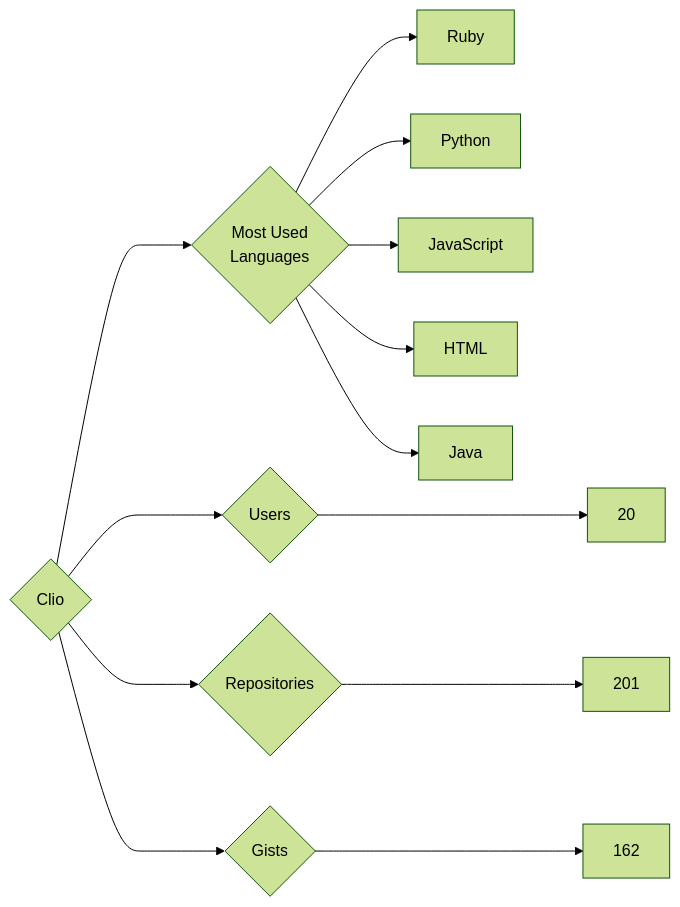
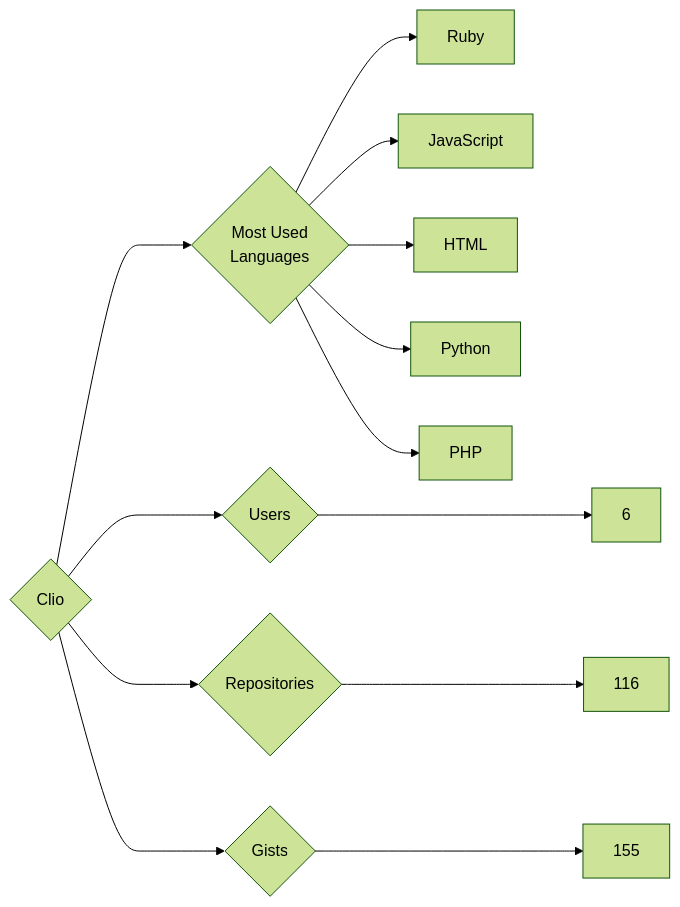
Before and after one commit to trickest/insiders: the diagram in targets/Clio/README.md, drawn with Mermaid (forest theme). The commit also changed 826 other files, not shown here.

````diff
--- a/targets/Clio/README.md
+++ b/targets/Clio/README.md
@@ -3,13 +3,13 @@
 ```mermaid
 graph LR
 COMPANY_NAME{Clio}
-COMPANY_NAME ---> U{Users} ---> UN[20]
-COMPANY_NAME ---> R{Repositories} ---> RN[201]
-COMPANY_NAME ---> G{Gists} ---> GN[162]
+COMPANY_NAME ---> U{Users} ---> UN[6]
+COMPANY_NAME ---> R{Repositories} ---> RN[116]
+COMPANY_NAME ---> G{Gists} ---> GN[155]
 COMPANY_NAME ---> ML{Most Used<br>Languages}
 ML --> Ruby[Ruby]
-ML --> Python[Python]
 ML --> JavaScript[JavaScript]
 ML --> HTML[HTML]
-ML --> Java[Java]
+ML --> Python[Python]
+ML --> PHP[PHP]
 ```
````
